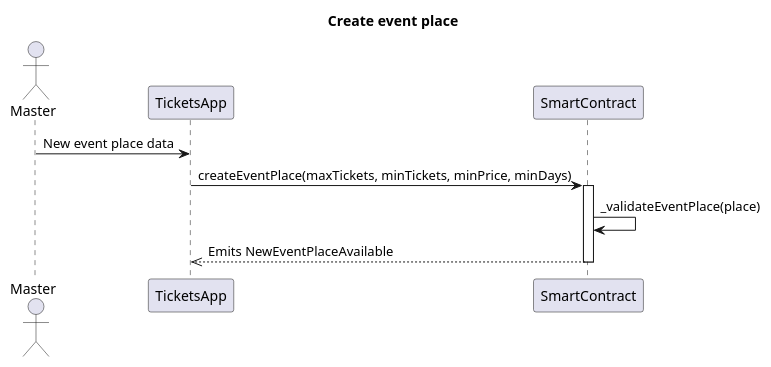
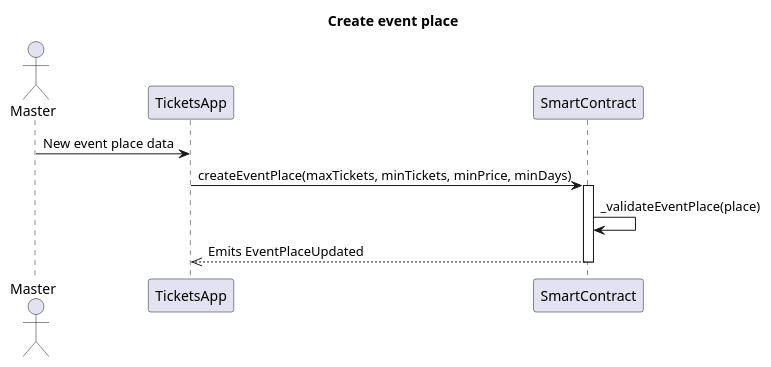
One commit to ai-shift/cyber-valley-tickets changed the third of 26 diagrams in README.org. Above: the diagram before and after it, drawn with PlantUML. The commit also changed other lines of this file and 1 other file, not shown here.

Commit message:
fixup! add: Available filed to event place

```diff
--- a/README.org
+++ b/README.org
@@ -166,14 +166,14 @@
 #+begin_src plantuml :file ./img/create-event-place.png
 title Create event place
 
 actor Master
 participant TicketsApp
 participant SmartContract
 
 Master -> TicketsApp: New event place data
 TicketsApp -> SmartContract: createEventPlace(maxTickets, minTickets, minPrice, minDays)
 activate SmartContract
 SmartContract -> SmartContract: _validateEventPlace(place)
-SmartContract -->> TicketsApp: Emits NewEventPlaceAvailable
+SmartContract -->> TicketsApp: Emits EventPlaceUpdated
 deactivate SmartContract
 #+end_src
```
